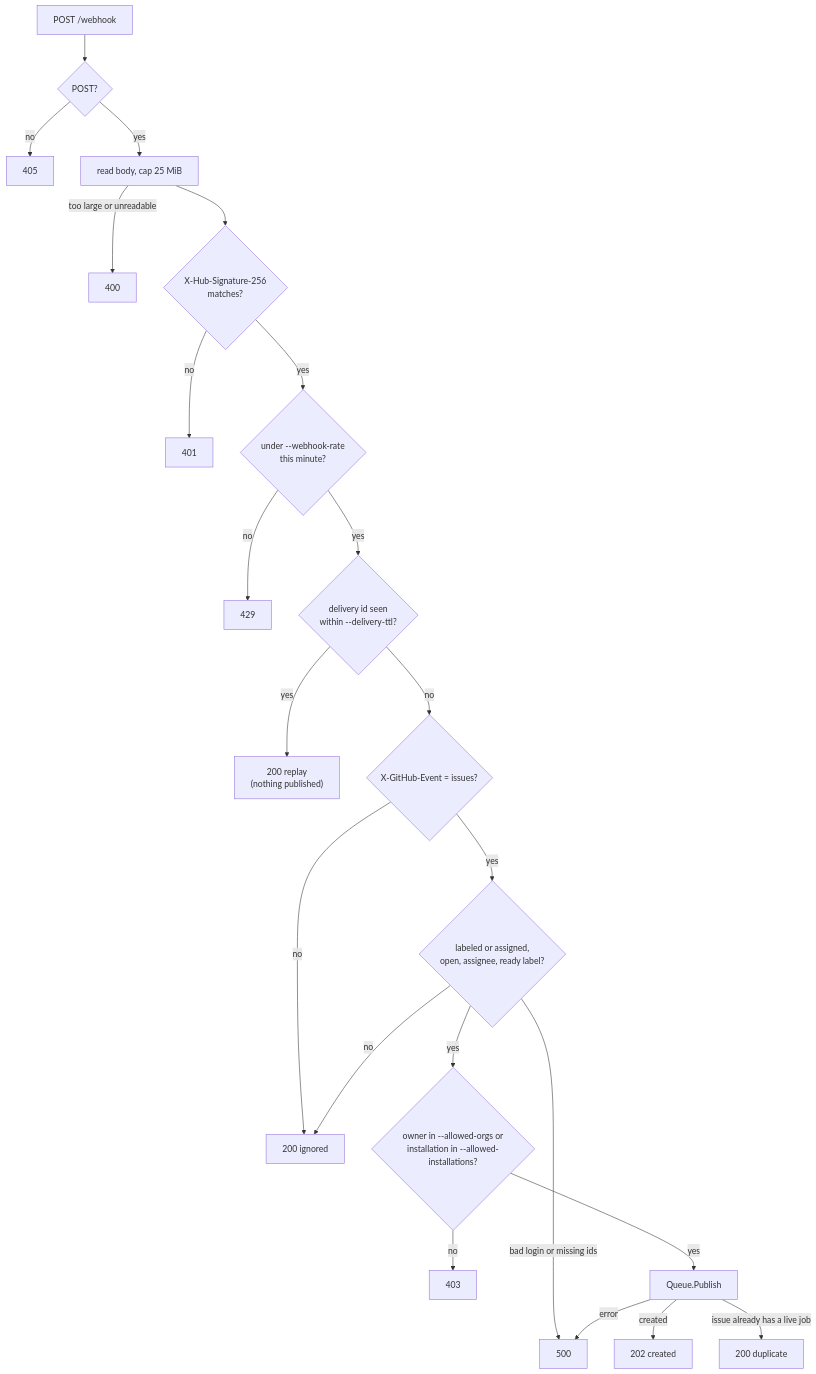
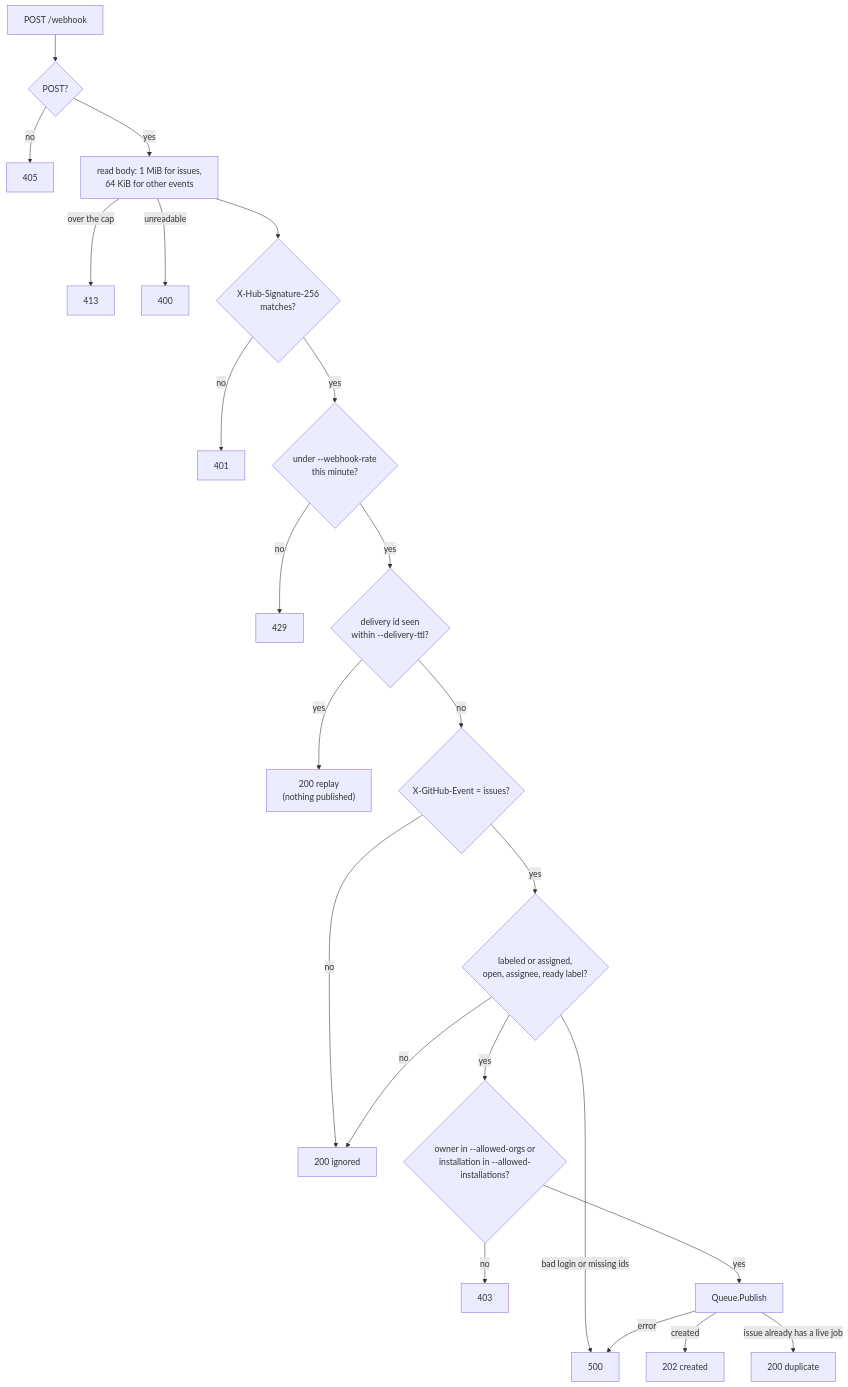
Before and after one commit to autobutler-org/schmeide: the first of 2 diagrams in docs/architecture/control-node.md, drawn with Mermaid. The commit also changed other lines of this file and 26 other files, not shown here.

````diff
--- a/docs/architecture/control-node.md
+++ b/docs/architecture/control-node.md
@@ -62,24 +65,25 @@
 ```mermaid
 flowchart TD
     req["POST /webhook"] --> method{"POST?"}
     method -- no --> m405["405"]
-    method -- yes --> body["read body, cap 25 MiB"]
-    body -- "too large or unreadable" --> r400["400"]
+    method -- yes --> body["read body: 1 MiB for issues,<br/>64 KiB for other events"]
+    body -- "over the cap" --> r413["413"]
+    body -- "unreadable" --> r400["400"]
     body --> sig{"X-Hub-Signature-256<br/>matches?"}
     sig -- no --> r401["401"]
     sig -- yes --> rate{"under --webhook-rate<br/>this minute?"}
     rate -- no --> r429["429"]
     rate -- yes --> replay{"delivery id seen<br/>within --delivery-ttl?"}
     replay -- yes --> r200["200 replay<br/>(nothing published)"]
     replay -- no --> ev{"X-GitHub-Event = issues?"}
     ev -- no --> ign["200 ignored"]
     ev -- yes --> job{"labeled or assigned,<br/>open, assignee, ready label?"}
     job -- no --> ign
     job -- "bad login or missing ids" --> r500["500"]
     job -- yes --> allow{"owner in --allowed-orgs or<br/>installation in --allowed-installations?"}
     allow -- no --> r403["403"]
     allow -- yes --> pub["Queue.Publish"]
     pub -- created --> r202["202 created"]
     pub -- "issue already has a live job" --> dup["200 duplicate"]
     pub -- error --> r500
 ```
````
